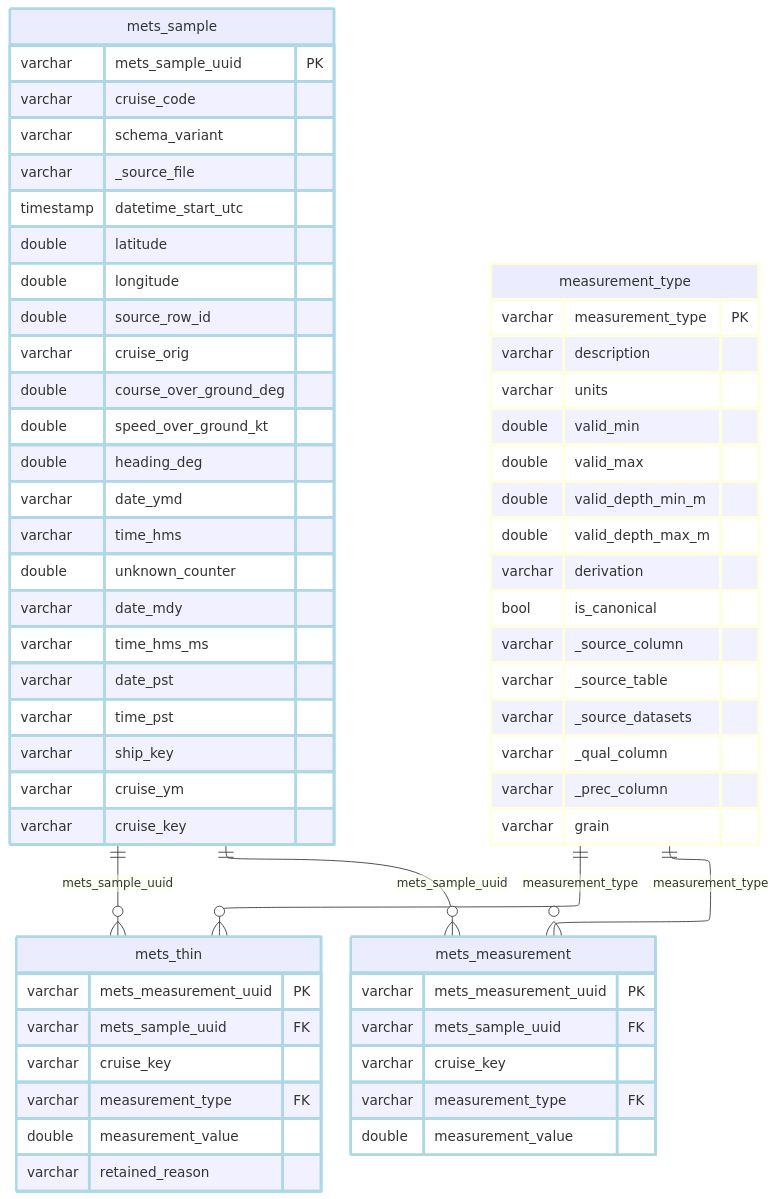
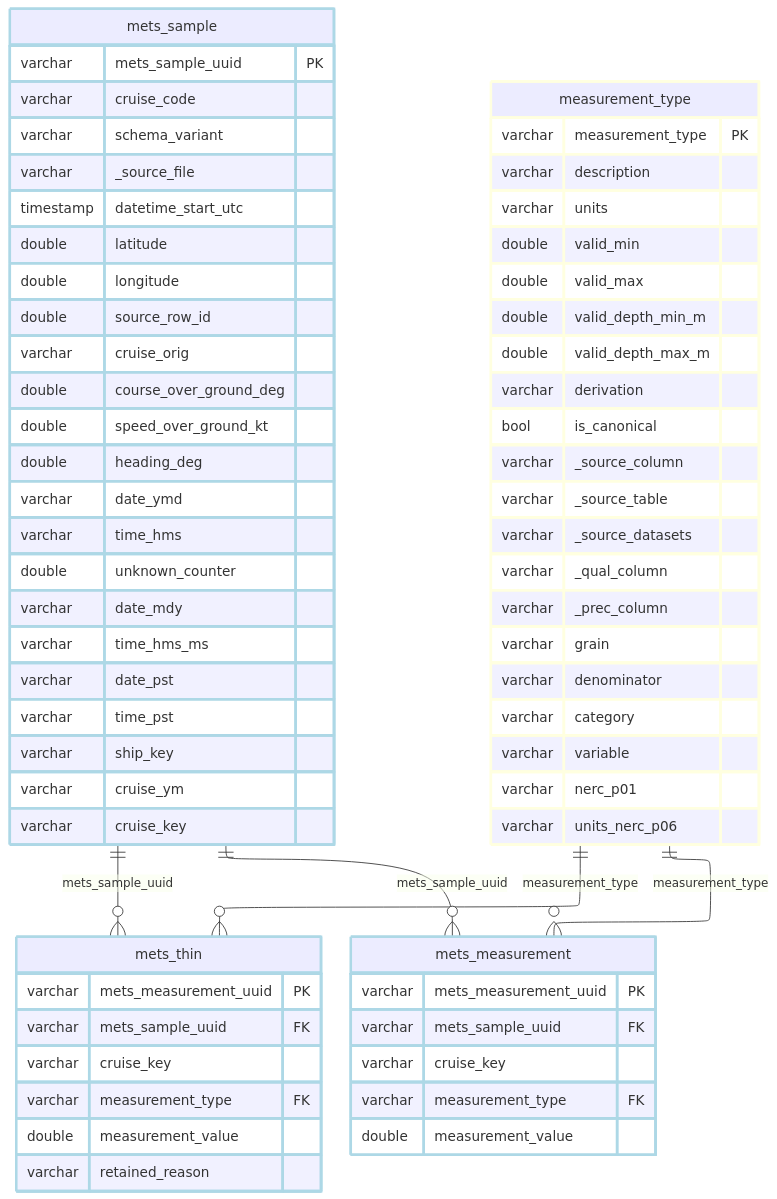
Before and after one commit to CalCOFI/workflows: the diagram in _output/ingest_calcofi_mets_files/figure-html/schema-1.mmd, drawn with Mermaid. The commit also changed 271 other files, not shown here.

```diff
--- a/_output/ingest_calcofi_mets_files/figure-html/schema-1.mmd
+++ b/_output/ingest_calcofi_mets_files/figure-html/schema-1.mmd
@@ -1,69 +1,74 @@
 ---
 config:
   layout: elk
 ---
 erDiagram
     mets_sample {
         varchar mets_sample_uuid PK
         varchar cruise_code
         varchar schema_variant
         varchar _source_file
         timestamp datetime_start_utc
         double latitude
         double longitude
         double source_row_id
         varchar cruise_orig
         double course_over_ground_deg
         double speed_over_ground_kt
         double heading_deg
         varchar date_ymd
         varchar time_hms
         double unknown_counter
         varchar date_mdy
         varchar time_hms_ms
         varchar date_pst
         varchar time_pst
         varchar ship_key
         varchar cruise_ym
         varchar cruise_key
     }
     mets_thin {
         varchar mets_measurement_uuid PK
         varchar mets_sample_uuid FK
         varchar cruise_key
         varchar measurement_type FK
         double measurement_value
         varchar retained_reason
     }
     mets_measurement {
         varchar mets_measurement_uuid PK
         varchar mets_sample_uuid FK
         varchar cruise_key
         varchar measurement_type FK
         double measurement_value
     }
     measurement_type {
         varchar measurement_type PK
         varchar description
         varchar units
         double valid_min
         double valid_max
         double valid_depth_min_m
         double valid_depth_max_m
         varchar derivation
         bool is_canonical
         varchar _source_column
         varchar _source_table
         varchar _source_datasets
         varchar _qual_column
         varchar _prec_column
         varchar grain
+        varchar denominator
+        varchar category
+        varchar variable
+        varchar nerc_p01
+        varchar units_nerc_p06
     }
     mets_sample ||--o{ mets_thin : "mets_sample_uuid"
     measurement_type ||--o{ mets_thin : "measurement_type"
     mets_sample ||--o{ mets_measurement : "mets_sample_uuid"
     measurement_type ||--o{ mets_measurement : "measurement_type"
     classDef lightblue stroke:#ADD8E6,stroke-width:3px
     class mets_sample,mets_thin,mets_measurement lightblue
     classDef lightyellow stroke:#FFFFE0,stroke-width:3px
     class measurement_type lightyellow
```
